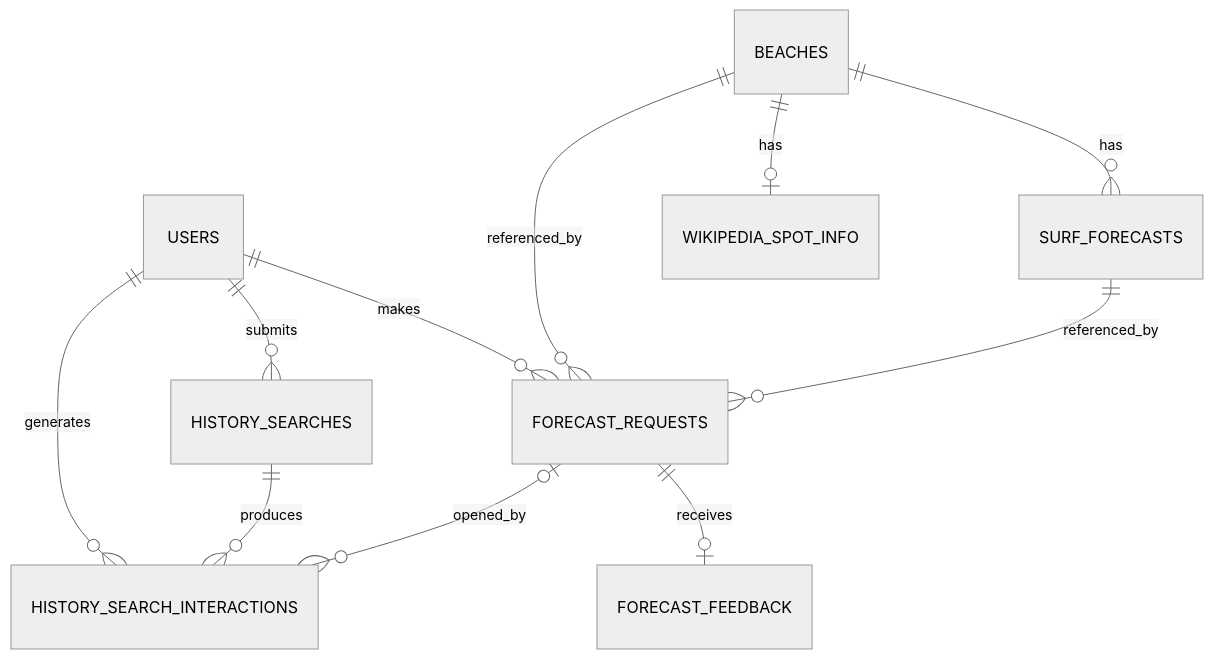
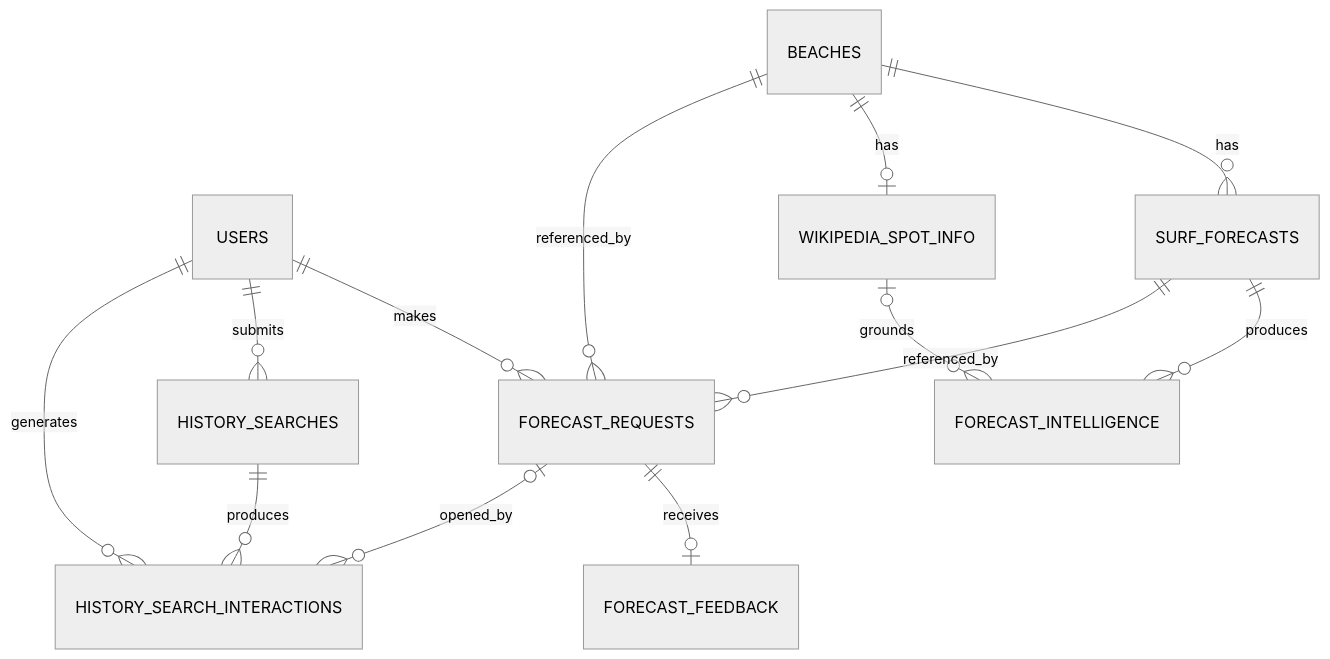
Before and after one commit to brianpthoms/profthoms-it401-final-project: the third of 3 diagrams in README.md, drawn with Mermaid (neutral theme). The commit also changed other lines of this file and 25 other files, not shown here.

````diff
--- a/README.md
+++ b/README.md
@@ -160,13 +243,15 @@
 ```mermaid
 erDiagram
     USERS ||--o{ FORECAST_REQUESTS : makes
     USERS ||--o{ HISTORY_SEARCHES : submits
     USERS ||--o{ HISTORY_SEARCH_INTERACTIONS : generates
     BEACHES ||--o{ SURF_FORECASTS : has
     BEACHES ||--o| WIKIPEDIA_SPOT_INFO : has
+    SURF_FORECASTS ||--o{ FORECAST_INTELLIGENCE : produces
+    WIKIPEDIA_SPOT_INFO o|--o{ FORECAST_INTELLIGENCE : grounds
     BEACHES ||--o{ FORECAST_REQUESTS : referenced_by
     SURF_FORECASTS ||--o{ FORECAST_REQUESTS : referenced_by
     FORECAST_REQUESTS ||--o| FORECAST_FEEDBACK : receives
     HISTORY_SEARCHES ||--o{ HISTORY_SEARCH_INTERACTIONS : produces
     FORECAST_REQUESTS o|--o{ HISTORY_SEARCH_INTERACTIONS : opened_by
 ```
````
